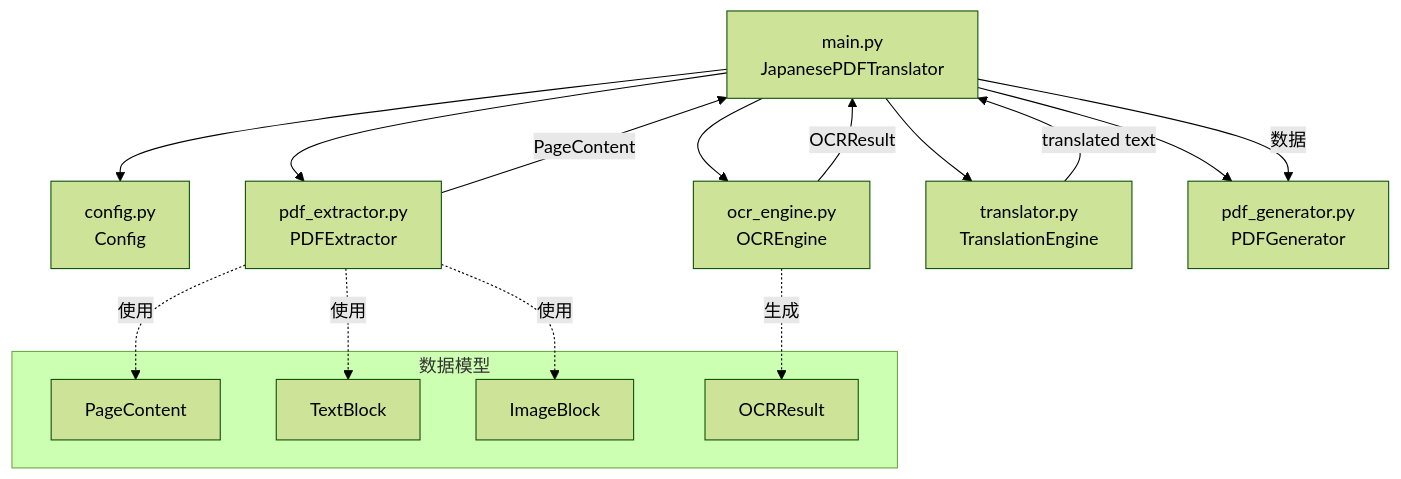
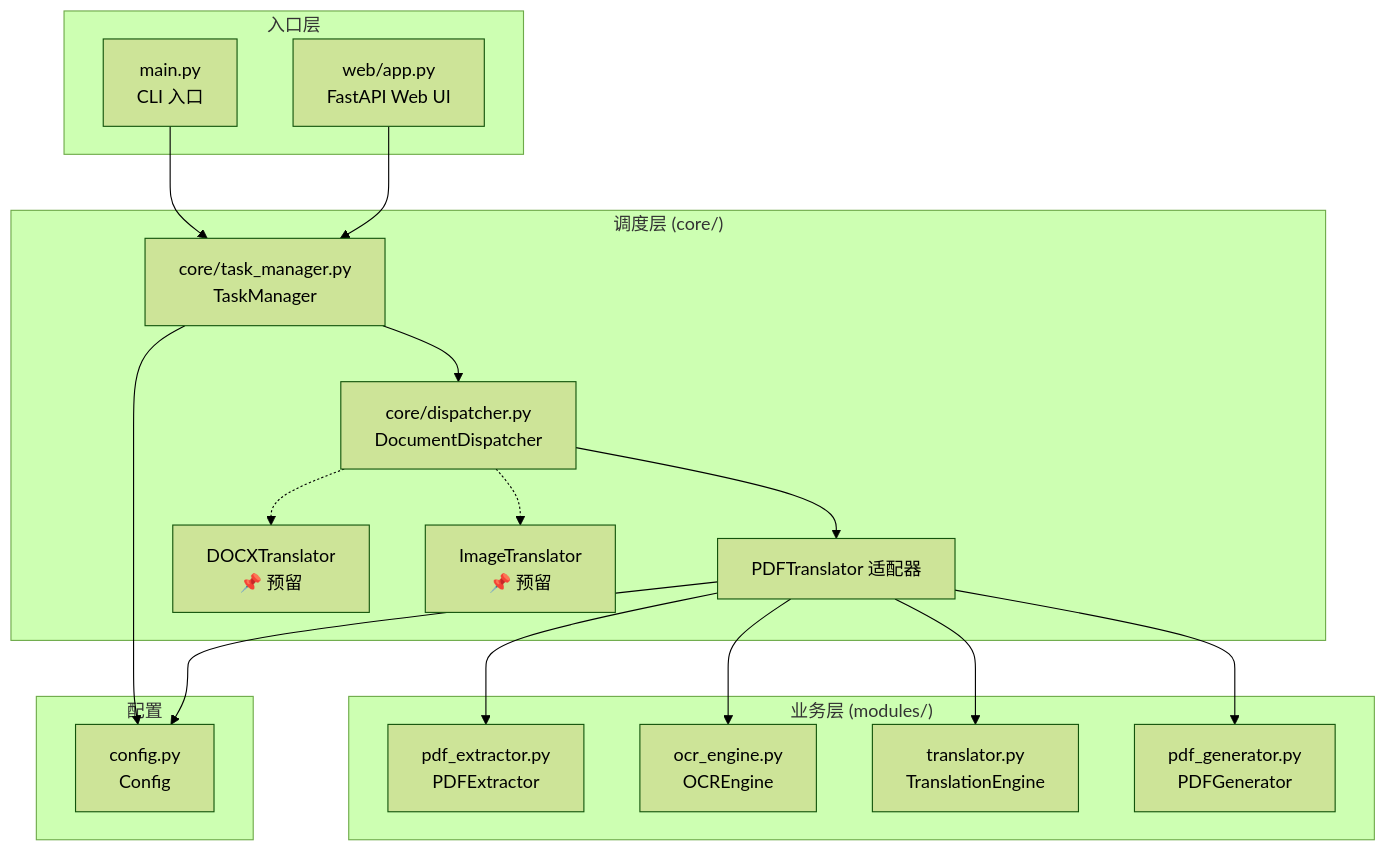
Before and after one commit to Amilmaho/ja2zh_pdf_translator: the first of 6 diagrams in docs/ARCHITECTURE.md, drawn with Mermaid (forest theme). The commit also changed other lines of this file and 11 other files, not shown here.

````diff
--- a/docs/ARCHITECTURE.md
+++ b/docs/ARCHITECTURE.md
@@ -34,25 +46,39 @@
 ```mermaid
 graph TD
-    main[main.py<br/>JapanesePDFTranslator] --> config[config.py<br/>Config]
-    main --> extractor[pdf_extractor.py<br/>PDFExtractor]
-    main --> ocr[ocr_engine.py<br/>OCREngine]
-    main --> translator[translator.py<br/>TranslationEngine]
-    main --> generator[pdf_generator.py<br/>PDFGenerator]
-
-    extractor --> |PageContent| main
-    ocr --> |OCRResult| main
-    translator --> |translated text| main
-    main --> |数据| generator
-
-    subgraph "数据模型"
-        PageContent
-        TextBlock
-        ImageBlock
-        OCRResult
+    subgraph "入口层"
+        CLI[main.py<br/>CLI 入口]
+        Web[web/app.py<br/>FastAPI Web UI]
     end
 
-    extractor -.-> |使用| PageContent
-    extractor -.-> |使用| TextBlock
-    extractor -.-> |使用| ImageBlock
-    ocr -.-> |生成| OCRResult
+    subgraph "调度层 (core/)"
+        TM[core/task_manager.py<br/>TaskManager]
+        DP[core/dispatcher.py<br/>DocumentDispatcher]
+        PDFT[PDFTranslator 适配器]
+        DOCXT[DOCXTranslator<br/>📌 预留]
+        IMGT[ImageTranslator<br/>📌 预留]
+    end
+
+    subgraph "业务层 (modules/)"
+        EXT[pdf_extractor.py<br/>PDFExtractor]
+        OCR[ocr_engine.py<br/>OCREngine]
+        TR[translator.py<br/>TranslationEngine]
+        GEN[pdf_generator.py<br/>PDFGenerator]
+    end
+
+    subgraph "配置"
+        CFG[config.py<br/>Config]
+    end
+
+    CLI --> TM
+    Web --> TM
+    TM --> DP
+    DP --> PDFT
+    DP -.-> DOCXT
+    DP -.-> IMGT
+    PDFT --> EXT
+    PDFT --> OCR
+    PDFT --> TR
+    PDFT --> GEN
+    TM --> CFG
+    PDFT --> CFG
 ```
````
